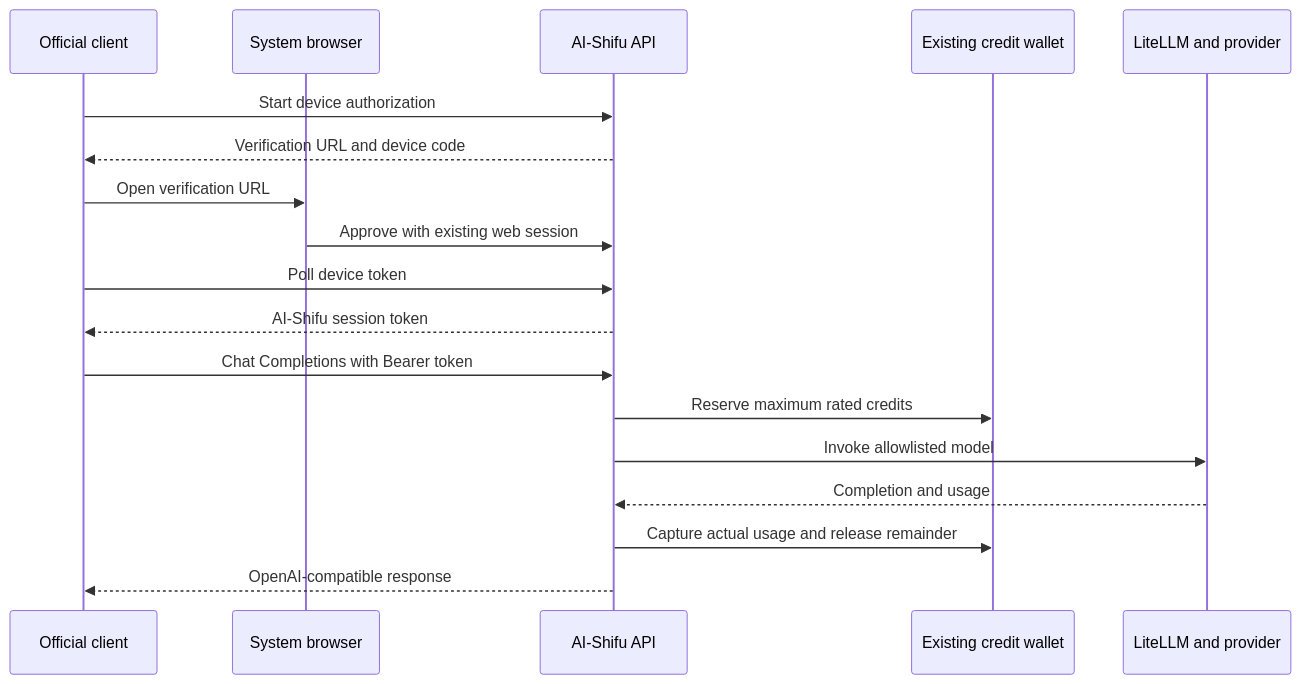
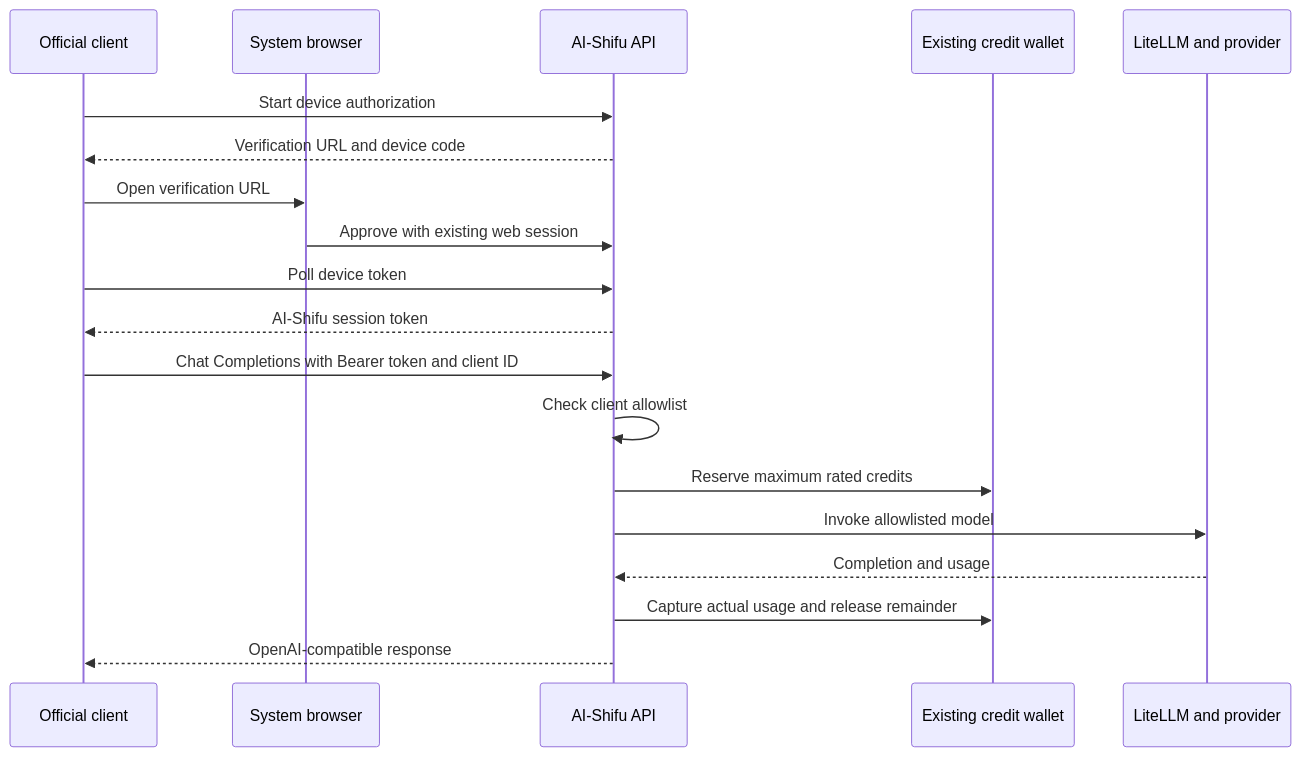
One commit to ai-shifu/ai-shifu changed the diagram in docs/design-docs/official-client-model-gateway.md. Above: the diagram before and after it, drawn with Mermaid. The commit also changed other lines of this file and 8 other files, not shown here.

````diff
--- a/docs/design-docs/official-client-model-gateway.md
+++ b/docs/design-docs/official-client-model-gateway.md
@@ -64,21 +70,22 @@
 ```mermaid
 sequenceDiagram
     participant Client as Official client
     participant Browser as System browser
     participant API as AI-Shifu API
     participant Wallet as Existing credit wallet
     participant LLM as LiteLLM and provider
 
     Client->>API: Start device authorization
     API-->>Client: Verification URL and device code
     Client->>Browser: Open verification URL
     Browser->>API: Approve with existing web session
     Client->>API: Poll device token
     API-->>Client: AI-Shifu session token
-    Client->>API: Chat Completions with Bearer token
+    Client->>API: Chat Completions with Bearer token and client ID
+    API->>API: Check client allowlist
     API->>Wallet: Reserve maximum rated credits
     API->>LLM: Invoke allowlisted model
     LLM-->>API: Completion and usage
     API->>Wallet: Capture actual usage and release remainder
     API-->>Client: OpenAI-compatible response
 ```
````
